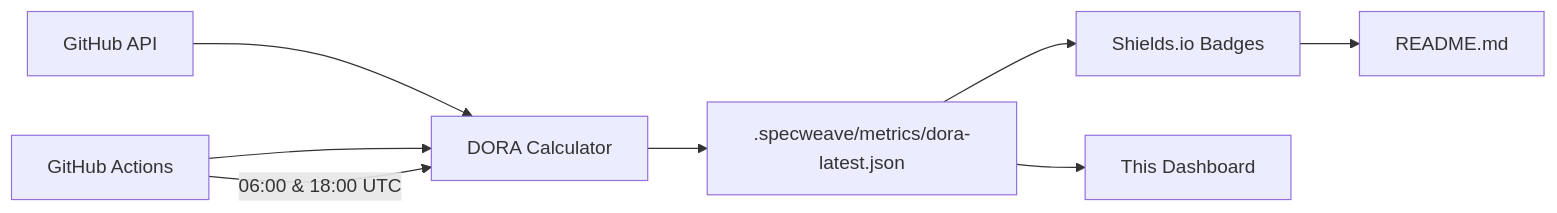
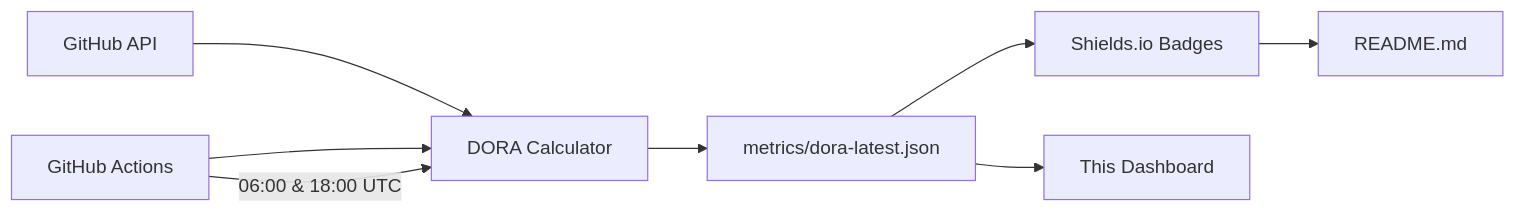
One commit to anton-abyzov/specweave changed the diagram in docs-site/docs/metrics.md. Above: the diagram before and after it, drawn with Mermaid. The commit also changed other lines of this file and 4 other files, not shown here.

First line of the commit message:
fix: move DORA metrics output from .specweave/metrics/ to metrics/

````diff
--- a/docs-site/docs/metrics.md
+++ b/docs-site/docs/metrics.md
@@ -105,10 +105,10 @@
 ```mermaid
 graph LR
     A[GitHub API] --> B[DORA Calculator]
-    B --> C[.specweave/metrics/dora-latest.json]
+    B --> C[metrics/dora-latest.json]
     C --> D[Shields.io Badges]
     D --> E[README.md]
     C --> F[This Dashboard]
     G[GitHub Actions] --> B
     G -->|06:00 & 18:00 UTC| B
 ```
````
